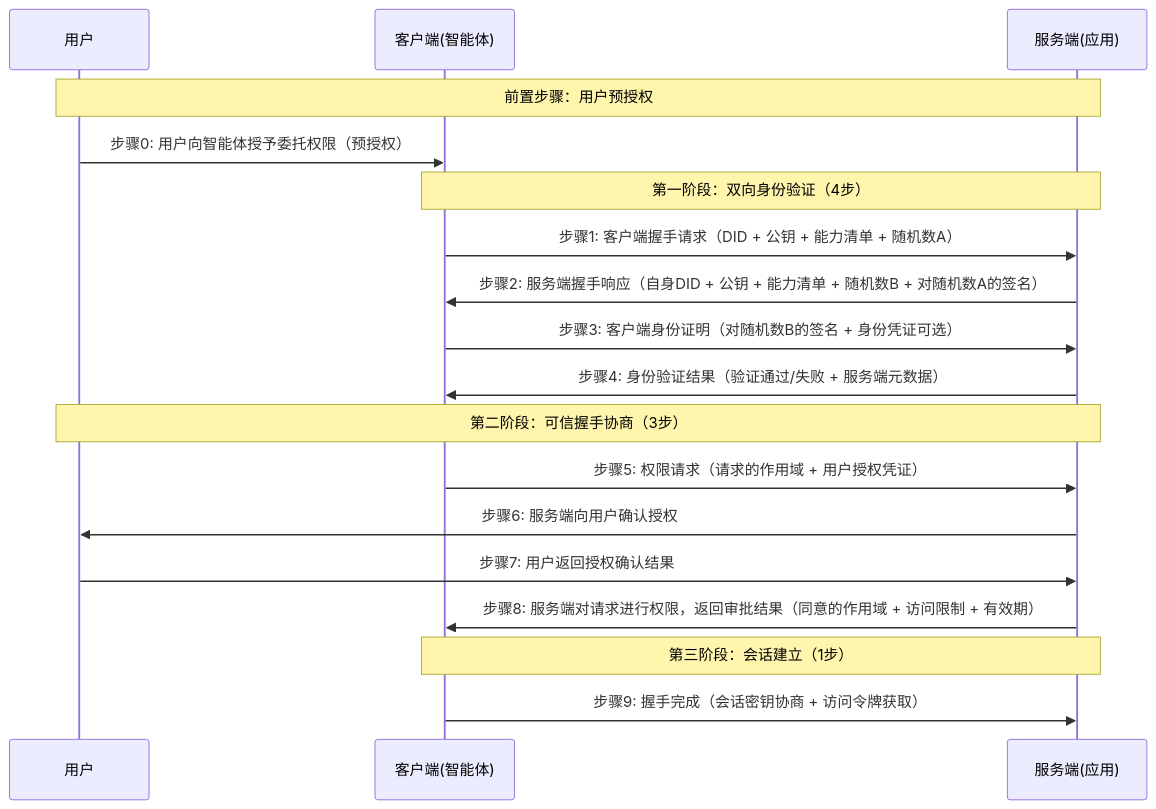
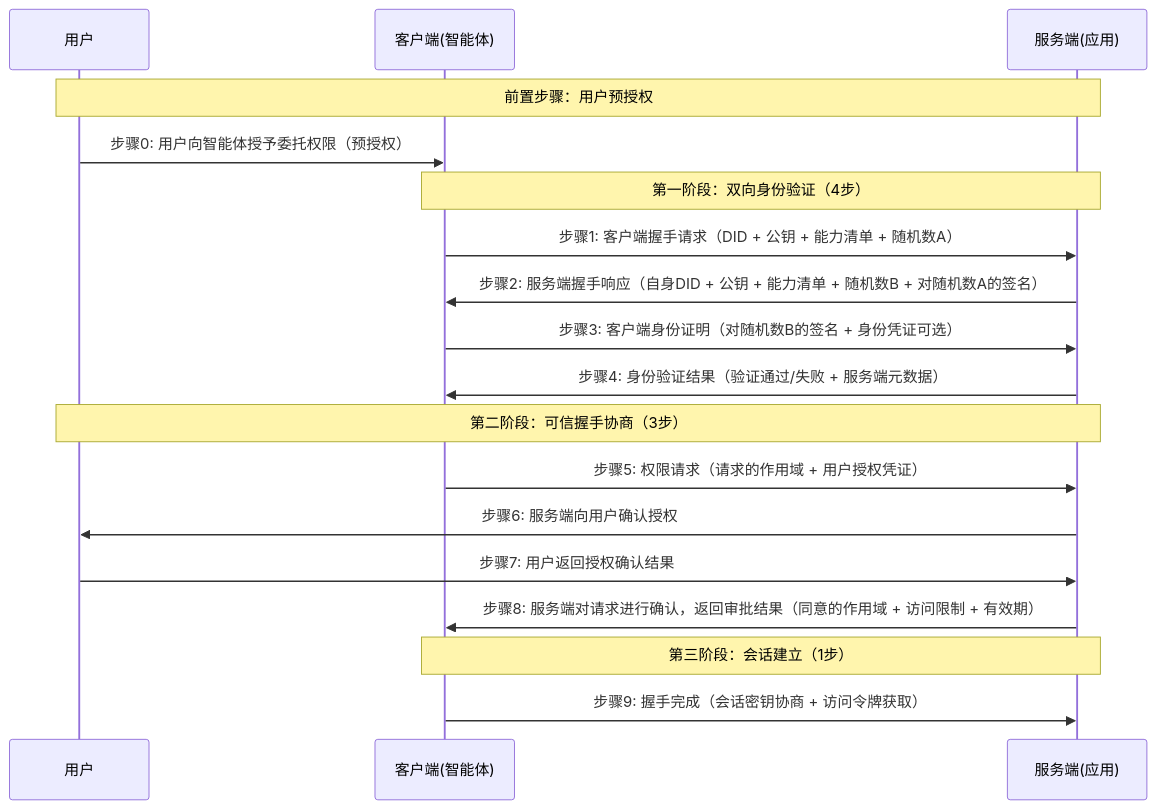
The diagram in README.md (ath-protocol/agent-trust-handshake-protocol), drawn with Mermaid before and after one commit.

````diff
--- a/README.md
+++ b/README.md
@@ -111,24 +111,24 @@
 ```mermaid
 sequenceDiagram
     participant U as 用户
     participant C as 客户端(智能体)
     participant S as 服务端(应用)
     
     Note over U,S: 前置步骤：用户预授权
     U->>C: 步骤0: 用户向智能体授予委托权限（预授权）
     
     Note over C,S: 第一阶段：双向身份验证（4步）
     C->>S: 步骤1: 客户端握手请求（DID + 公钥 + 能力清单 + 随机数A）
     S->>C: 步骤2: 服务端握手响应（自身DID + 公钥 + 能力清单 + 随机数B + 对随机数A的签名）
     C->>S: 步骤3: 客户端身份证明（对随机数B的签名 + 身份凭证可选）
     S->>C: 步骤4: 身份验证结果（验证通过/失败 + 服务端元数据）
     
     Note over U,S: 第二阶段：可信握手协商（3步）
     C->>S: 步骤5: 权限请求（请求的作用域 + 用户授权凭证）
     S->>U: 步骤6: 服务端向用户确认授权
     U->>S: 步骤7: 用户返回授权确认结果
-    S->>C: 步骤8: 服务端对请求进行权限，返回审批结果（同意的作用域 + 访问限制 + 有效期）
+    S->>C: 步骤8: 服务端对请求进行确认，返回审批结果（同意的作用域 + 访问限制 + 有效期）
     
     Note over C,S: 第三阶段：会话建立（1步）
     C->>S: 步骤9: 握手完成（会话密钥协商 + 访问令牌获取）
 ```
````
